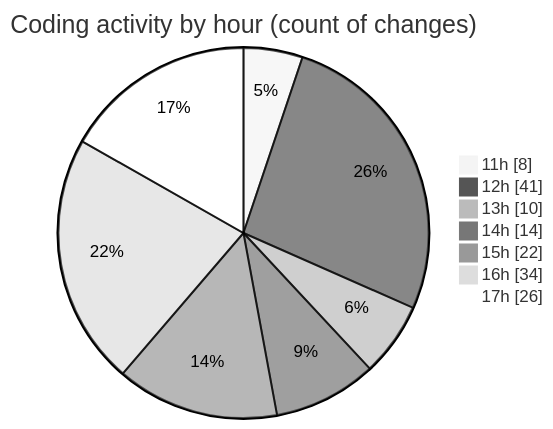
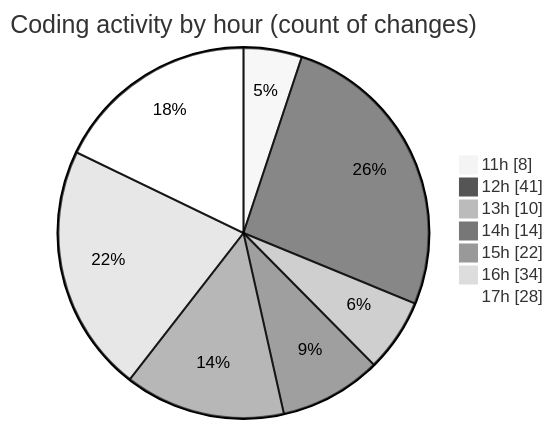
The second of 2 diagrams in 2025-05-04/project/README.md (BS-eng2023/code-tracking), drawn with Mermaid (neutral theme) before and after one commit. The commit also changed other lines of this file and 1 other file, not shown here.

````diff
--- a/2025-05-04/project/README.md
+++ b/2025-05-04/project/README.md
@@ -54,11 +54,11 @@
 ```mermaid
 pie showData
 title Coding activity by hour (count of changes)
 "11h" : 8
 "12h" : 41
 "13h" : 10
 "14h" : 14
 "15h" : 22
 "16h" : 34
-"17h" : 26
+"17h" : 28
 ```
````
